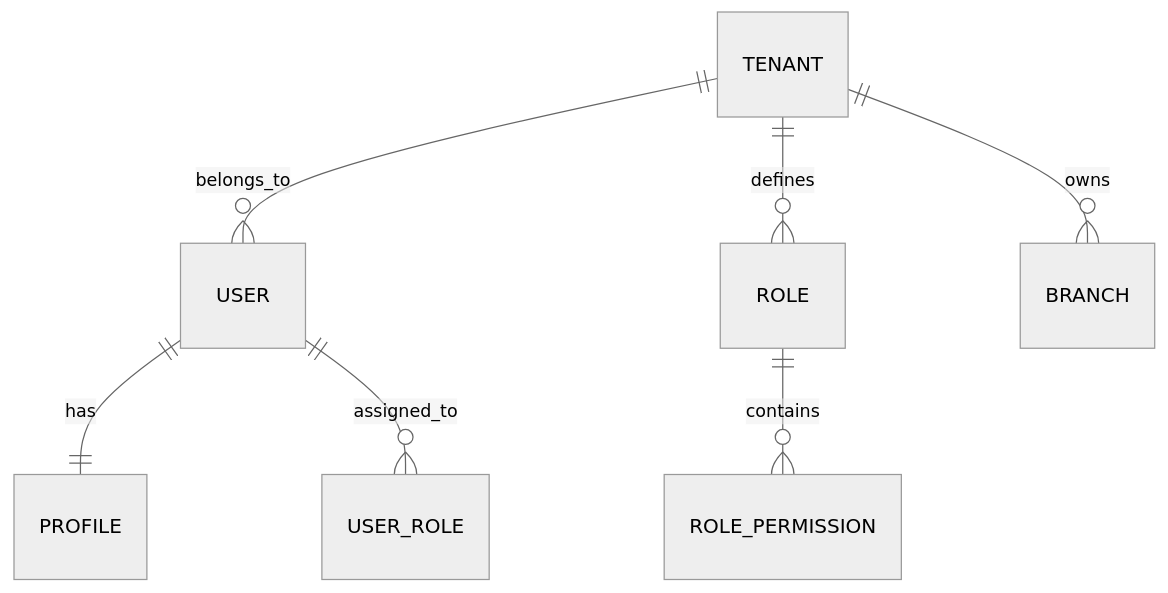
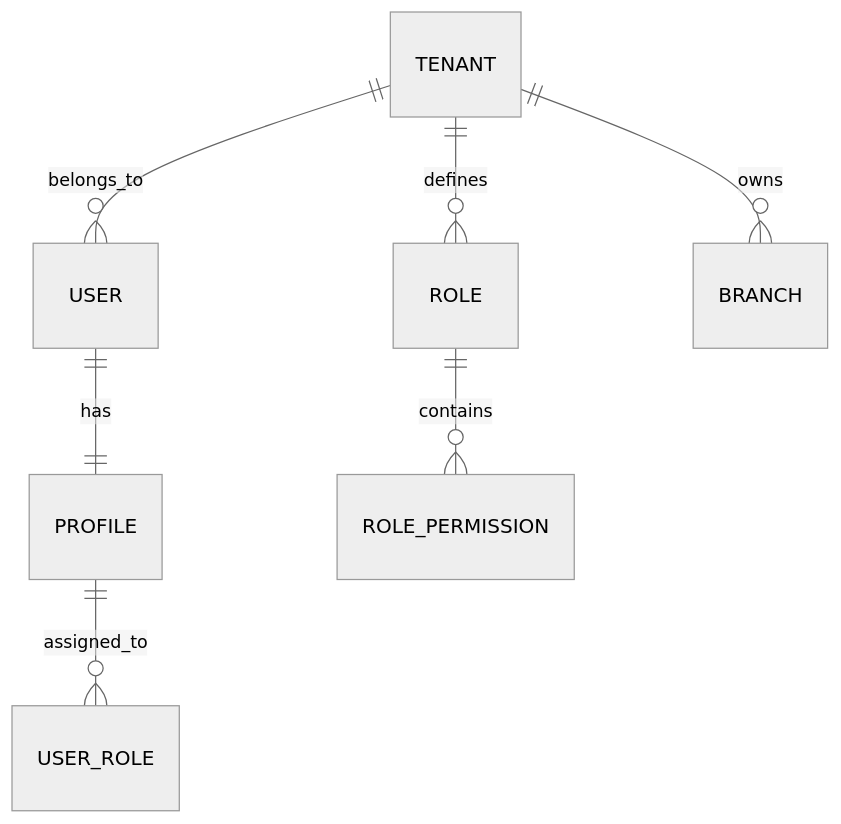
Before and after one commit to beyondnetcode/ums: the eighth of 8 diagrams in architecture/blueprints/architecture-spec.md, drawn with Mermaid (neutral theme). The commit also changed other lines of this file and 5 other files, not shown here.

````diff
--- a/architecture/blueprints/architecture-spec.md
+++ b/architecture/blueprints/architecture-spec.md
@@ -393,9 +393,9 @@
 ```mermaid
 erDiagram
     TENANT ||--o{ USER : "belongs_to"
     TENANT ||--o{ ROLE : "defines"
     TENANT ||--o{ BRANCH : "owns"
     USER ||--|| PROFILE : "has"
-    USER ||--o{ USER_ROLE : "assigned_to"
+    PROFILE ||--o{ USER_ROLE : "assigned_to"
     ROLE ||--o{ ROLE_PERMISSION : "contains"
 ```
````
